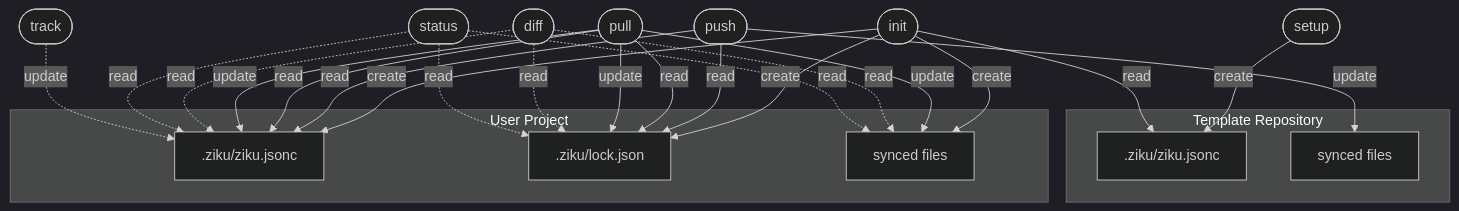
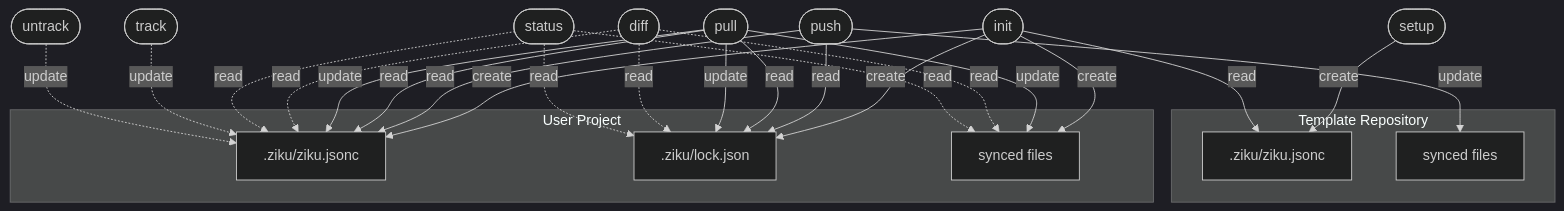
One commit to tktcorporation/ziku changed the diagram in README.md. Above: the diagram before and after it, drawn with Mermaid (dark theme). The commit also changed other lines of this file and 12 other files, not shown here.

````diff
--- a/README.md
+++ b/README.md
@@ -120,26 +120,27 @@
 ```mermaid
 graph TB
 
   subgraph Template["Template Repository"]
     ZIKU_TPL[".ziku/ziku.jsonc"]
     T_FILES["synced files"]
   end
 
   subgraph User["User Project"]
     ZIKU[".ziku/ziku.jsonc"]
     LOCK[".ziku/lock.json"]
     U_FILES["synced files"]
   end
 
   setup([setup]) -->|create| ZIKU_TPL
   init([init]) -->|read| ZIKU_TPL
   init -->|create| ZIKU & LOCK & U_FILES
   push([push]) -->|read| ZIKU & LOCK
   push -->|update| T_FILES
   pull([pull]) -->|read| ZIKU & LOCK
   pull -->|update| U_FILES & ZIKU & LOCK
   diff([diff]) -.->|read| ZIKU & LOCK & U_FILES
   status([status]) -.->|read| ZIKU & LOCK & U_FILES
   track([track]) -.->|update| ZIKU
+  untrack([untrack]) -.->|update| ZIKU
 
 ```
````
